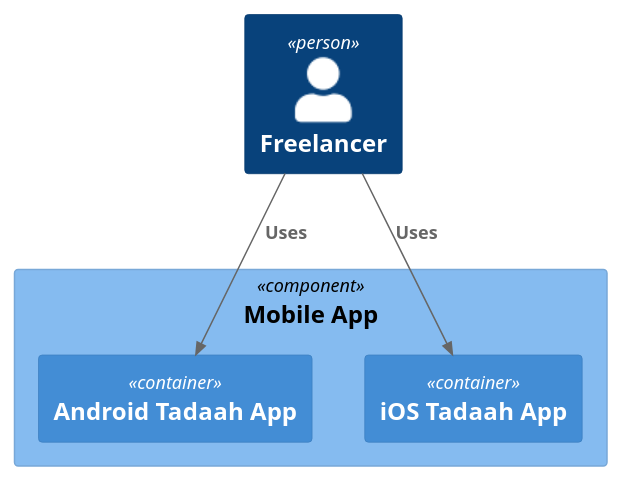
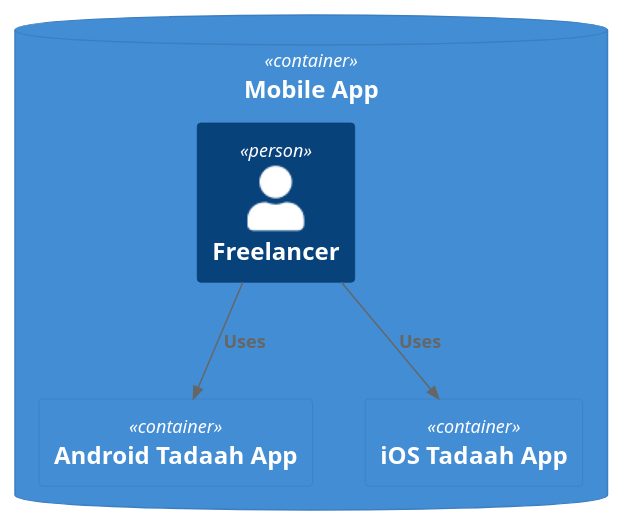
Before and after one commit to brunasti/icepanel-tools: the diagram in examples/tadaah/icePanel-C4-3-Mobile_App.puml, drawn with PlantUML. The commit also changed 8 other files, not shown here.

Commit message:
generateSubDiagramBoundaryStart for DataBase

```diff
--- a/examples/tadaah/icePanel-C4-3-Mobile_App.puml
+++ b/examples/tadaah/icePanel-C4-3-Mobile_App.puml
@@ -1,32 +1,33 @@
 @startuml
 'https://plantuml.com/class-diagram
 ' CONVERT ICEPANEL DIAGRAM ===========
 ' Converter          : it.brunasti.icepanel.tools.IcePanelToPlantUmlConverter
 ' IcePanel JSON File : [./examples/tadaah/tadaah-001.json]
 ' Configuration      : [./examples/tadaah/config.json]
-' Generated at       : Thu Jan 09 17:37:58 CET 2025
+' Generated at       : Fri Jan 10 10:54:38 CET 2025
 
 !include https://raw.githubusercontent.com/plantuml-stdlib/C4-PlantUML/master/C4_Context.puml
 !include https://raw.githubusercontent.com/plantuml-stdlib/C4-PlantUML/master/C4_Component.puml
 
 
 
 Component(wiZgyeKZbmqMpX3umth7, "Mobile App", "") { 
+ContainerDb(wiZgyeKZbmqMpX3umth7, "Mobile App", "") { 
     ' CLASSES =======
     Container(7xAFfcMNmb9CCOt7pucC, "Android Tadaah App", "", "")
     Container(og7u5YsEYstGrVnlMGnr, "iOS Tadaah App", "", "")
 }
 
 
 ' NEIGHBOR CLASSES =======
 Person(ye2OoAgJhthRThhjIe69, "Freelancer", "")
 
 
 ' SUB DIAGRAM CONNECTIONS ======= Base : [wiZgyeKZbmqMpX3umth7]
 ' CONNECTION : [Uses] [ye2OoAgJhthRThhjIe69] [7xAFfcMNmb9CCOt7pucC] [outgoing]
 Rel(ye2OoAgJhthRThhjIe69, 7xAFfcMNmb9CCOt7pucC, "Uses" )
 ' CONNECTION : [Uses] [ye2OoAgJhthRThhjIe69] [og7u5YsEYstGrVnlMGnr] [outgoing]
 Rel(ye2OoAgJhthRThhjIe69, og7u5YsEYstGrVnlMGnr, "Uses" )
 
 
 @enduml
```
